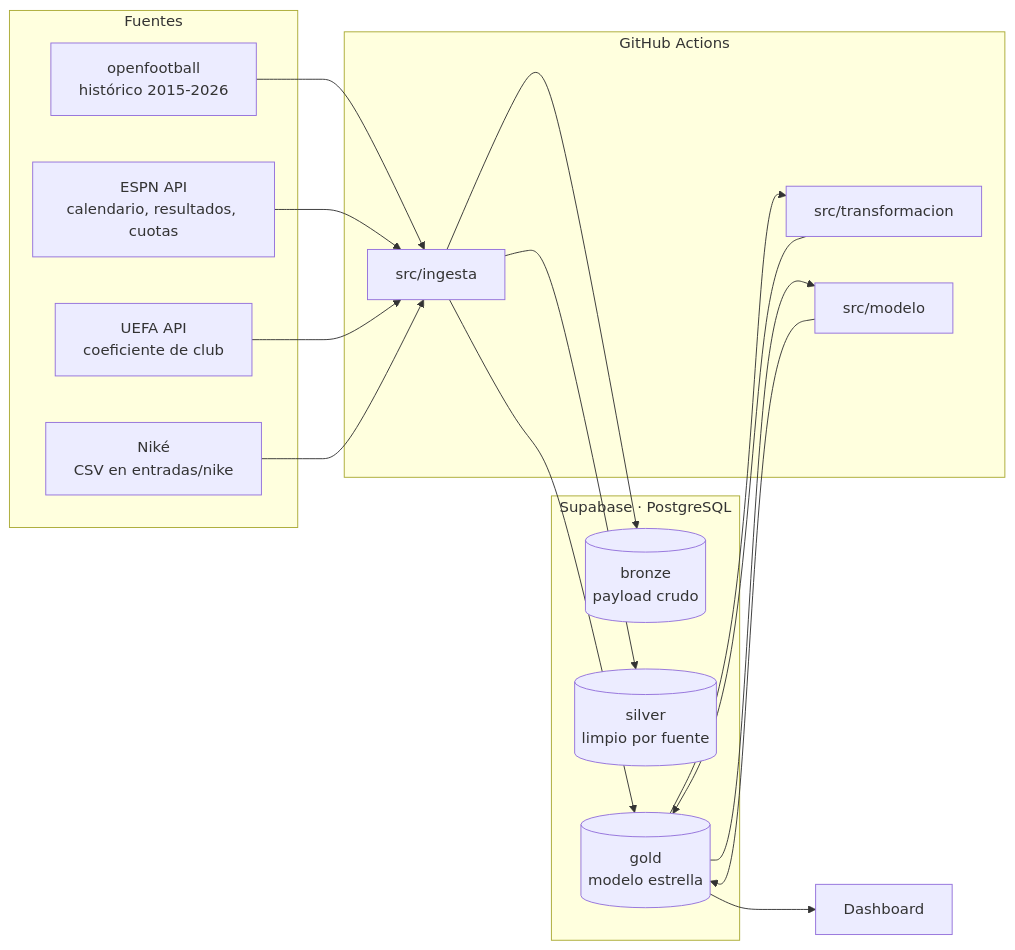
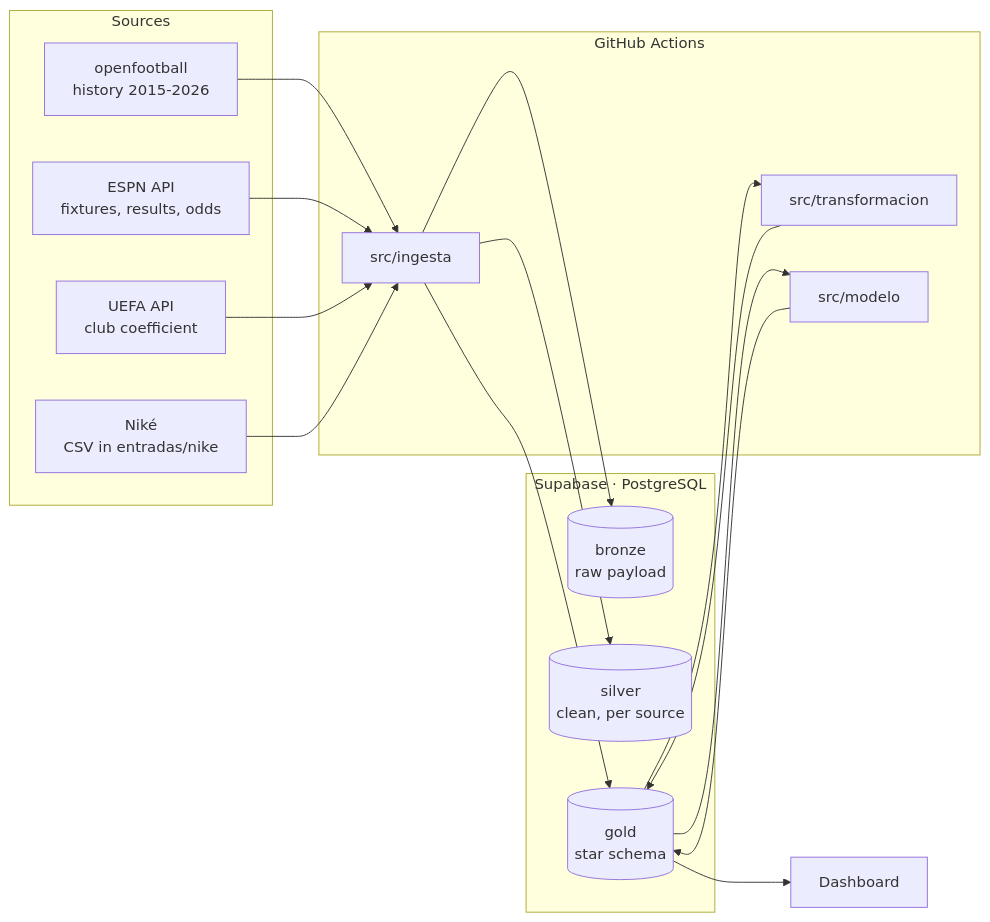
The diagram in README.md (choquerutheva-maker/ucl-data-platform), drawn with Mermaid before and after one commit. The commit also changed other lines of this file and 1 other file, not shown here.

````diff
--- a/README.md
+++ b/README.md
@@ -18,26 +23,26 @@
 ```mermaid
 flowchart LR
-    subgraph Fuentes
-        OF[openfootball<br/>histórico 2015-2026]
-        ESPN[ESPN API<br/>calendario, resultados, cuotas]
-        UEFA[UEFA API<br/>coeficiente de club]
-        NK[Niké<br/>CSV en entradas/nike]
+    subgraph Sources
+        OF[openfootball<br/>history 2015-2026]
+        ESPN[ESPN API<br/>fixtures, results, odds]
+        UEFA[UEFA API<br/>club coefficient]
+        NK[Niké<br/>CSV in entradas/nike]
     end
     subgraph GH[GitHub Actions]
         ING[src/ingesta]
         TR[src/transformacion]
         MOD[src/modelo]
     end
     subgraph SB[Supabase · PostgreSQL]
-        B[(bronze<br/>payload crudo)]
-        S[(silver<br/>limpio por fuente)]
-        G[(gold<br/>modelo estrella)]
+        B[(bronze<br/>raw payload)]
+        S[(silver<br/>clean, per source)]
+        G[(gold<br/>star schema)]
     end
     OF & ESPN & UEFA & NK --> ING
     ING --> B
     ING --> S
     ING --> G
     G --> TR --> G
     G --> MOD --> G
     G --> D[Dashboard]
 ```
````
